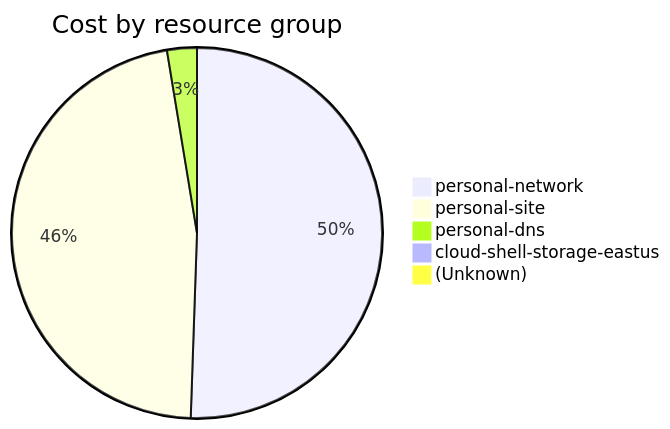
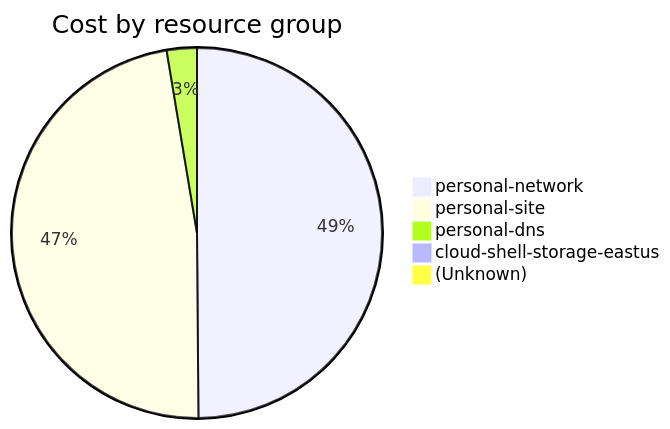
Before and after one commit to jpfulton/azure-personal-reports: the fourth of 4 diagrams in cost-reports/accumulated-cost.md, drawn with Mermaid. The commit also changed other lines of this file and 4 other files, not shown here.

````diff
--- a/cost-reports/accumulated-cost.md
+++ b/cost-reports/accumulated-cost.md
@@ -155,9 +155,9 @@
 ```mermaid
 pie
    title Cost by resource group
    "personal-network" : 15.94
-   "personal-site" : 14.78
-   "personal-dns" : 0.82
-   "cloud-shell-storage-eastus" : 0.24
+   "personal-site" : 15.18
+   "personal-dns" : 0.84
+   "cloud-shell-storage-eastus" : 0.25
    "(Unknown)" : 0.10
 ```
````
